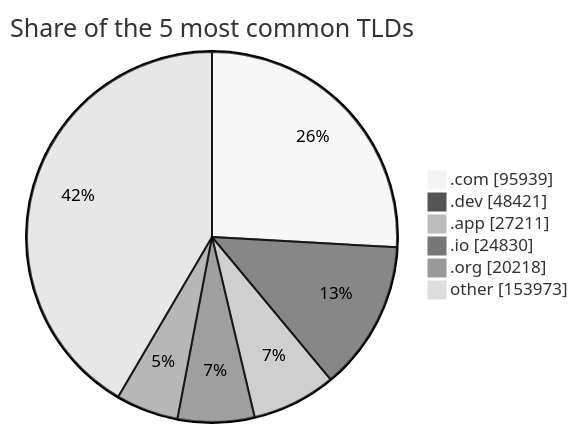
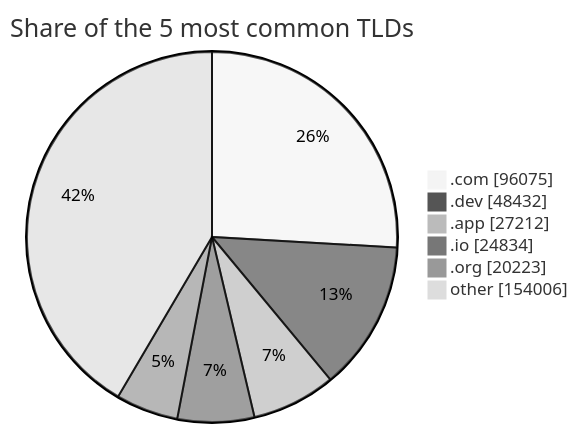
Before and after one commit to DNSBunker/CTI: the third of 3 diagrams in README.md, drawn with Mermaid (neutral theme). The commit also changed other lines of this file and 3 other files, not shown here.

````diff
--- a/README.md
+++ b/README.md
@@ -81,9 +81,9 @@
 ```mermaid
 pie showData title Share of the 5 most common TLDs
-    ".com" : 95939
-    ".dev" : 48421
-    ".app" : 27211
-    ".io" : 24830
-    ".org" : 20218
-    "other" : 153973
+    ".com" : 96075
+    ".dev" : 48432
+    ".app" : 27212
+    ".io" : 24834
+    ".org" : 20223
+    "other" : 154006
 ```
````
